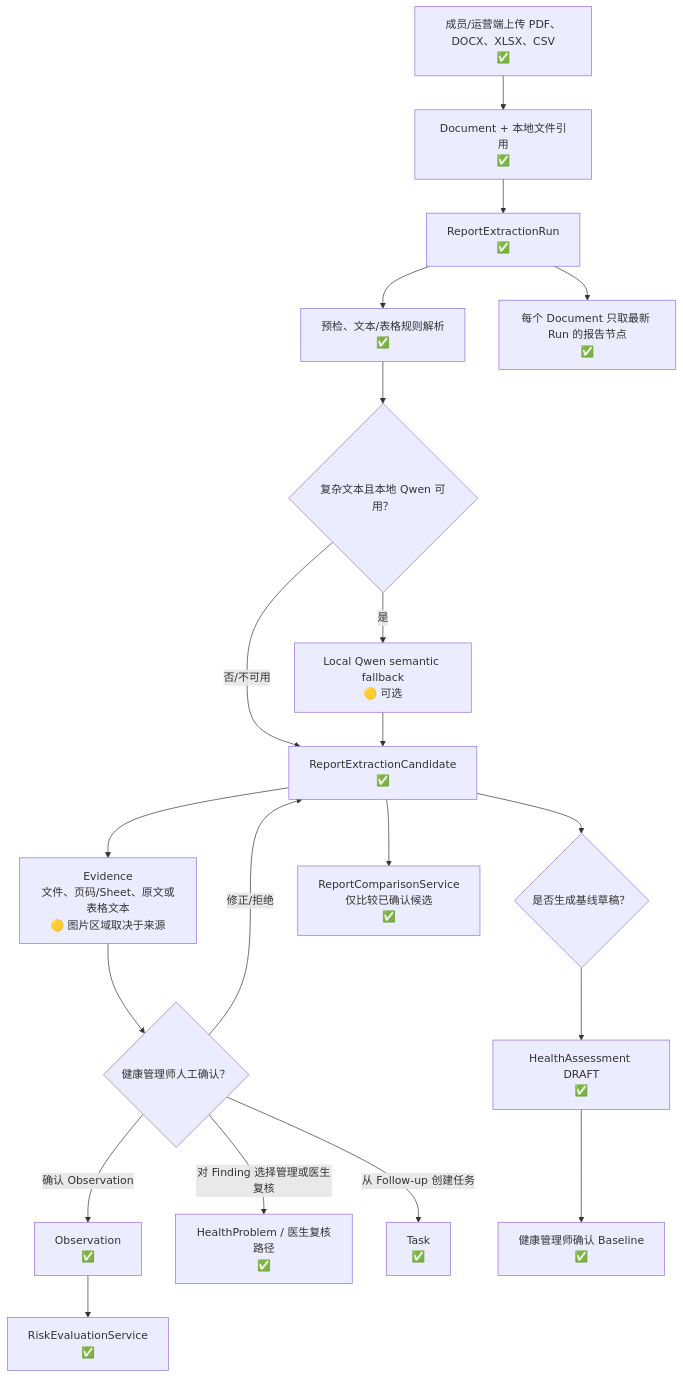
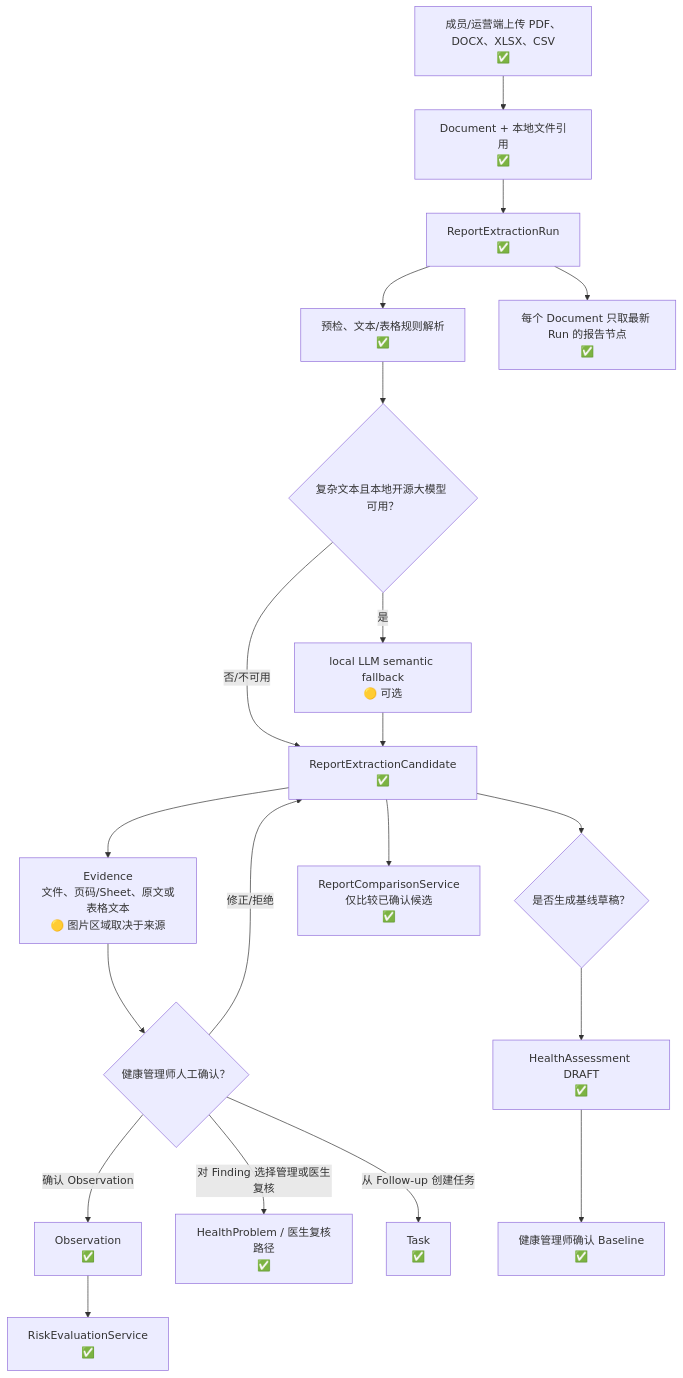
One commit to KaedeharaT/executive-healthops changed the second of 7 diagrams in docs/architecture/03_CORE_WORKFLOWS.md. Above: the diagram before and after it, drawn with Mermaid. The commit also changed 38 other files, not shown here.

````diff
--- a/docs/architecture/03_CORE_WORKFLOWS.md
+++ b/docs/architecture/03_CORE_WORKFLOWS.md
@@ -36,22 +36,22 @@
 ```mermaid
 flowchart TB
   upload[成员/运营端上传 PDF、DOCX、XLSX、CSV\n✅] --> doc[Document + 本地文件引用\n✅]
   doc --> run[ReportExtractionRun\n✅]
   run --> preflight[预检、文本/表格规则解析\n✅]
-  preflight --> complex{复杂文本且本地 Qwen 可用？}
-  complex -- 是 --> qwen[Local Qwen semantic fallback\n🟡 可选]
+  preflight --> complex{复杂文本且本地开源大模型 可用？}
+  complex -- 是 --> local_llm[local LLM semantic fallback\n🟡 可选]
   complex -- 否/不可用 --> candidate[ReportExtractionCandidate\n✅]
-  qwen --> candidate
+  local_llm --> candidate
   candidate --> evidence[Evidence\n文件、页码/Sheet、原文或表格文本\n🟡 图片区域取决于来源]
   evidence --> human{健康管理师人工确认？}
   human -- 修正/拒绝 --> candidate
   human -- 确认 Observation --> observation[Observation\n✅]
   human -- 对 Finding 选择管理或医生复核 --> finding[HealthProblem / 医生复核路径\n✅]
   human -- 从 Follow-up 创建任务 --> followuptask[Task\n✅]
   observation --> risk[RiskEvaluationService\n✅]
   candidate --> baseline{是否生成基线草稿？}
   baseline --> draft[HealthAssessment DRAFT\n✅]
   draft --> confirm[健康管理师确认 Baseline\n✅]
   candidate --> compare[ReportComparisonService\n仅比较已确认候选\n✅]
   run --> timeline[每个 Document 只取最新 Run 的报告节点\n✅]
 ```
````
